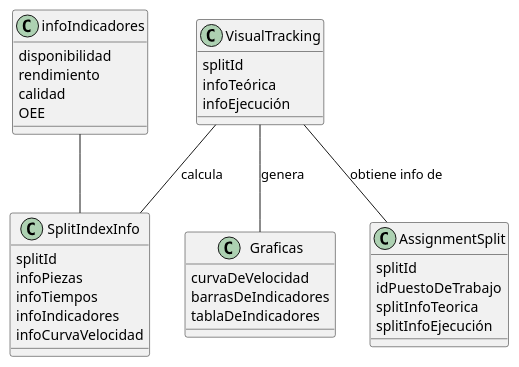
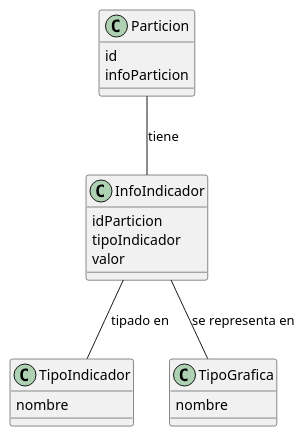
The diagram in Estudiantes/pablo-perez.martinez/Capitulo2/modeloDelDominioImagenes/diagramaDeClases.puml (pablopeerezm/GII-TFG-2026), drawn with PlantUML before and after one commit. The commit also changed 17 other files, not shown here.

Commit message:
Added diagrams

```diff
--- a/Estudiantes/pablo-perez.martinez/Capitulo2/modeloDelDominioImagenes/diagramaDeClases.puml
+++ b/Estudiantes/pablo-perez.martinez/Capitulo2/modeloDelDominioImagenes/diagramaDeClases.puml
@@ -1,43 +1,29 @@
 @startuml
 
-class AssignmentSplit{
-   splitId
-   idPuestoDeTrabajo
-   splitInfoTeorica
-   splitInfoEjecución
+class Particion {
+   id
+   infoParticion
 }
 
-class VisualTracking{
-   splitId
-   infoTeórica
-   infoEjecución
+class InfoIndicador {
+   idParticion
+   tipoIndicador
+   valor
 }
 
-class SplitIndexInfo{
-   splitId
-   infoPiezas
-   infoTiempos
-   infoIndicadores
-   infoCurvaVelocidad
+class TipoIndicador {
+   nombre
 }
 
-class infoIndicadores{
-   disponibilidad
-   rendimiento
-   calidad 
-   OEE
-}
-class Graficas {
-   curvaDeVelocidad
-   barrasDeIndicadores
-   tablaDeIndicadores
+class TipoGrafica {
+   nombre
 }
 
-VisualTracking -- AssignmentSplit: obtiene info de
-VisualTracking -- SplitIndexInfo: calcula
-VisualTracking -- Graficas: genera
 
-infoIndicadores-- SplitIndexInfo
+InfoIndicador -- TipoIndicador: tipado en
+Particion -- InfoIndicador: tiene
+InfoIndicador -- TipoGrafica: se representa en
+
 
 
 @enduml
```
